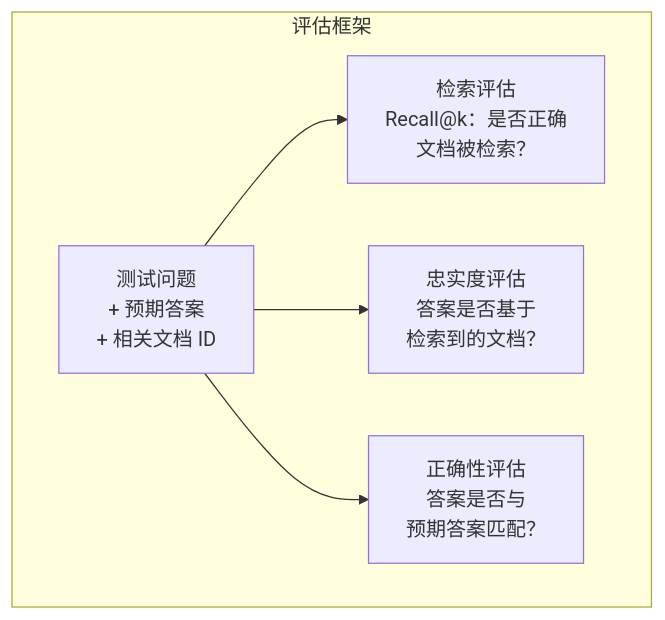
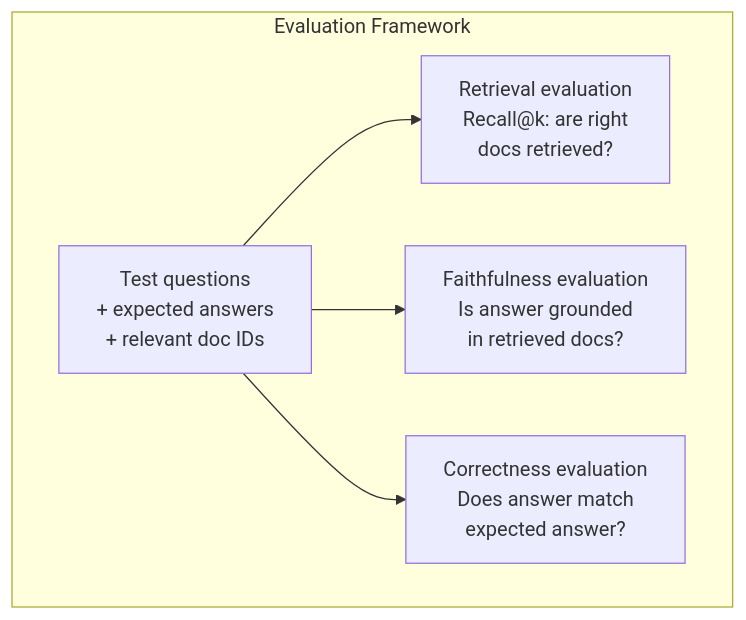
Before and after one commit to xiaojiaenen/ai-engineering-from-scratch-zh: the third of 3 diagrams in i18n/zh/phases/11-llm-engineering/07-advanced-rag/docs/zh.md, drawn with Mermaid. The commit also changed other lines of this file and 17 other files, not shown here.

````diff
--- a/i18n/zh/phases/11-llm-engineering/07-advanced-rag/docs/zh.md
+++ b/i18n/zh/phases/11-llm-engineering/07-advanced-rag/docs/zh.md
@@ -162,9 +163,9 @@
 ```mermaid
 graph TD
-    subgraph "评估框架"
-        Q["测试问题<br/>+ 预期答案<br/>+ 相关文档 ID"]
-        Q --> Ret["检索评估<br/>Recall@k：是否正确<br/>文档被检索？"]
-        Q --> Faith["忠实度评估<br/>答案是否基于<br/>检索到的文档？"]
-        Q --> Correct["正确性评估<br/>答案是否与<br/>预期答案匹配？"]
+    subgraph "Evaluation Framework"
+        Q["Test questions<br/>+ expected answers<br/>+ relevant doc IDs"]
+        Q --> Ret["Retrieval evaluation<br/>Recall@k: are right<br/>docs retrieved?"]
+        Q --> Faith["Faithfulness evaluation<br/>Is answer grounded<br/>in retrieved docs?"]
+        Q --> Correct["Correctness evaluation<br/>Does answer match<br/>expected answer?"]
     end
 ```
````
